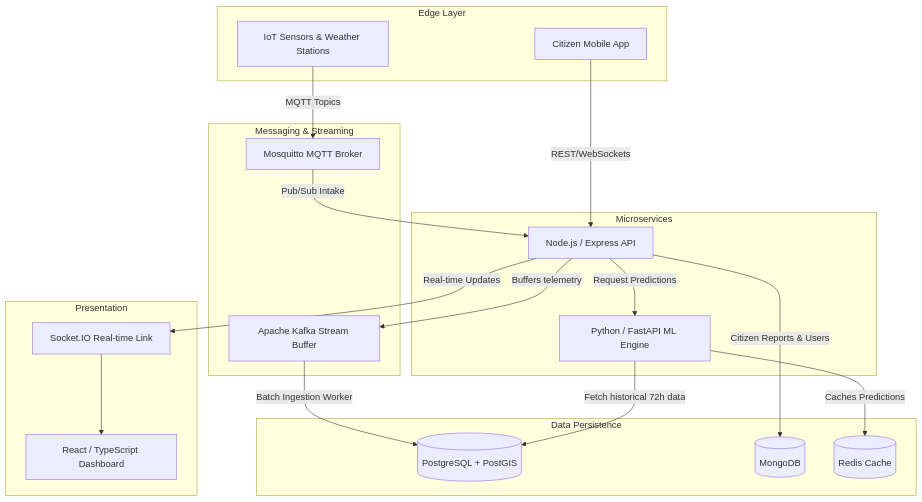
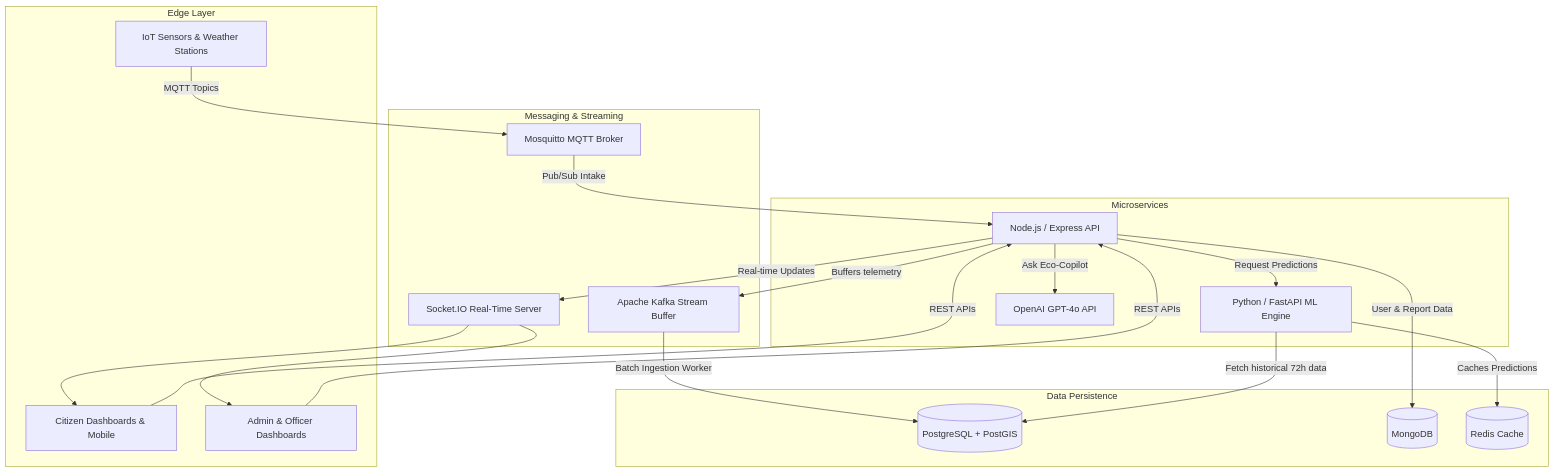
The first of 3 diagrams in README.md (pankeshbhagore/Local-AQI-Dashboard), drawn with Mermaid before and after one commit. The commit also changed other lines of this file and 11 other files, not shown here.

````diff
--- a/README.md
+++ b/README.md
@@ -13,43 +13,43 @@
 ```mermaid
 flowchart TD
     subgraph Edge Layer
         Sensors[IoT Sensors & Weather Stations]
-        Citizens[Citizen Mobile App]
+        Citizens[Citizen Dashboards & Mobile]
+        Staff[Admin & Officer Dashboards]
     end
 
     subgraph Messaging & Streaming
         MQTT[Mosquitto MQTT Broker]
         Kafka[Apache Kafka Stream Buffer]
+        Sockets[Socket.IO Real-Time Server]
     end
 
     subgraph Microservices
         Backend[Node.js / Express API]
         ML[Python / FastAPI ML Engine]
+        OpenAI[OpenAI GPT-4o API]
     end
 
     subgraph Data Persistence
         PG[(PostgreSQL + PostGIS)]
         Mongo[(MongoDB)]
         Redis[(Redis Cache)]
     end
 
-    subgraph Presentation
-        React[React / TypeScript Dashboard]
-        Sockets[Socket.IO Real-time Link]
-    end
-
     %% Data flow
     Sensors -- MQTT Topics --> MQTT
     MQTT -- Pub/Sub Intake --> Backend
     Backend -- Buffers telemetry --> Kafka
     Kafka -- Batch Ingestion Worker --> PG
     
-    Citizens -- REST/WebSockets --> Backend
-    Backend -- Citizen Reports & Users --> Mongo
+    Citizens & Staff -- REST APIs --> Backend
+    Backend -- User & Report Data --> Mongo
     Backend -- Real-time Updates --> Sockets
-    Sockets --> React
+    Sockets --> Citizens & Staff
     
     Backend -- Request Predictions --> ML
     ML -- Fetch historical 72h data --> PG
     ML -- Caches Predictions --> Redis
+
+    Backend -- Ask Eco-Copilot --> OpenAI
 ```
````
